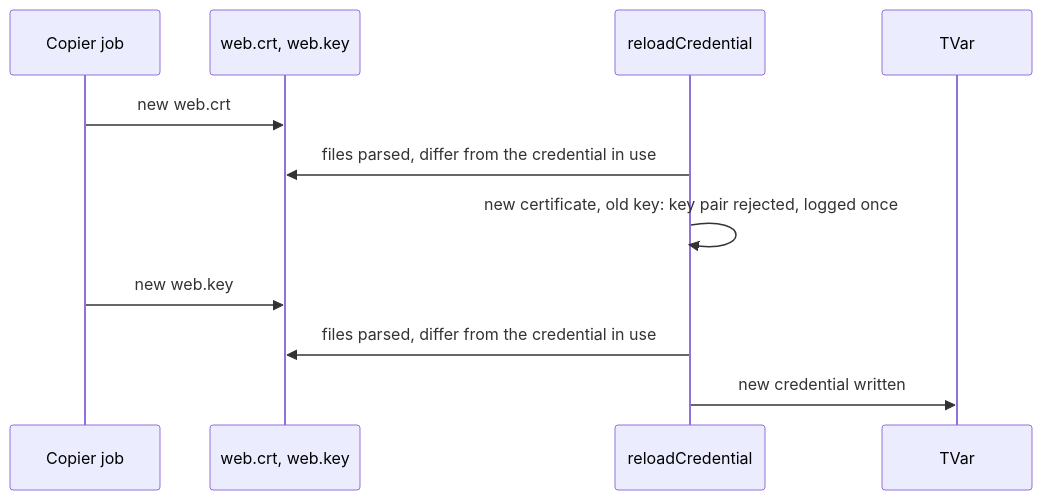
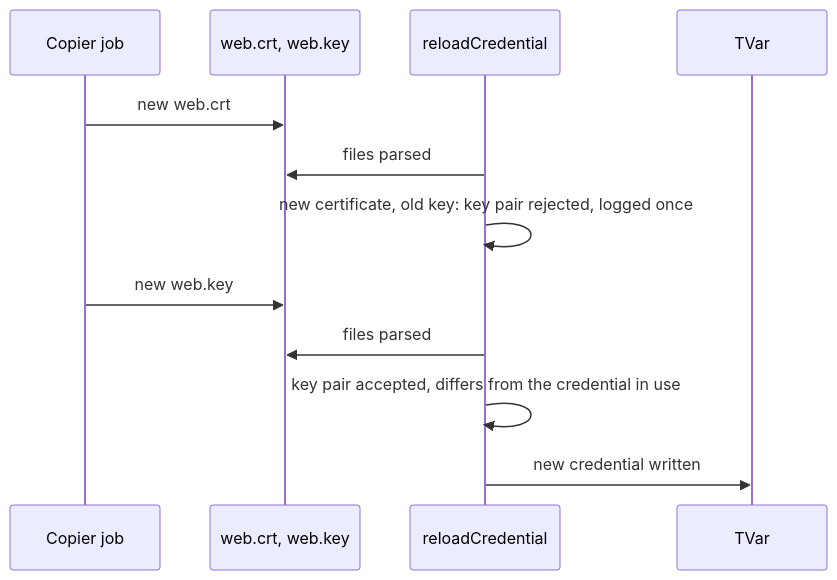
Before and after one commit to simplex-chat/simplexmq: the second of 2 diagrams in plans/2026-11-17-reload-web-certificates.md, drawn with Mermaid. The commit also changed other lines of this file, not shown here.

````diff
--- a/plans/2026-11-17-reload-web-certificates.md
+++ b/plans/2026-11-17-reload-web-certificates.md
@@ -55,13 +56,14 @@
 ```mermaid
 sequenceDiagram
     participant J as Copier job
     participant F as web.crt, web.key
     participant R as reloadCredential
     participant V as TVar
     J->>F: new web.crt
-    R->>F: files parsed, differ from the credential in use
+    R->>F: files parsed
     R->>R: new certificate, old key: key pair rejected, logged once
     J->>F: new web.key
-    R->>F: files parsed, differ from the credential in use
+    R->>F: files parsed
+    R->>R: key pair accepted, differs from the credential in use
     R->>V: new credential written
 ```
````
